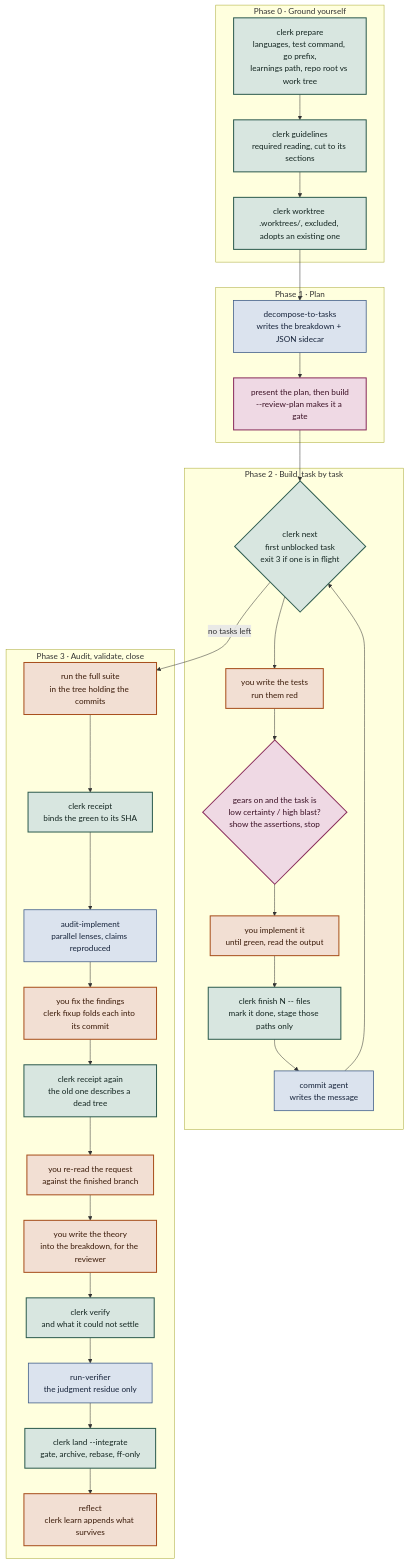
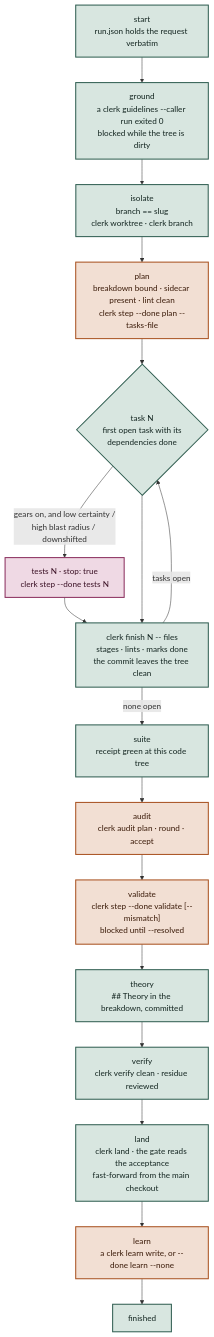
Before and after one commit to hpcsc/dotfiles: the second of 5 diagrams in link/common/dot-config/.config/ai/method/README.md, drawn with Mermaid. The commit also changed other lines of this file and 6 other files, not shown here.

````diff
--- a/link/common/dot-config/.config/ai/method/README.md
+++ b/link/common/dot-config/.config/ai/method/README.md
@@ -62,43 +117,25 @@
 ```mermaid
 flowchart TD
-  subgraph P0["Phase 0 · Ground yourself"]
-    A["clerk prepare<br/>languages, test command, go prefix,<br/>learnings path, repo root vs work tree"]
-    A --> B["clerk guidelines<br/>required reading, cut to its sections"]
-    B --> C["clerk worktree <name><br/>.worktrees/, excluded, adopts an existing one"]
-  end
-  subgraph P1["Phase 1 · Plan"]
-    C --> D["decompose-to-tasks<br/>writes the breakdown + JSON sidecar"]
-    D --> G1["present the plan, then build<br/>--review-plan makes it a gate"]
-  end
-  subgraph P2["Phase 2 · Build, task by task"]
-    G1 --> E{"clerk next<br/>first unblocked task<br/>exit 3 if one is in flight"}
-    E --> T["you write the tests<br/>run them red"]
-    T --> G2{"gears on and the task is<br/>low certainty / high blast?<br/>show the assertions, stop"}
-    G2 --> F["you implement it<br/>until green, read the output"]
-    F --> H["clerk finish N -- files<br/>mark it done, stage those paths only"]
-    H --> I["commit agent<br/>writes the message"]
-    I --> E
-  end
-  subgraph P3["Phase 3 · Audit, validate, close"]
-    E -->|"no tasks left"| J["run the full suite<br/>in the tree holding the commits"]
-    J --> K["clerk receipt<br/>binds the green to its SHA"]
-    K --> L["audit-implement<br/>parallel lenses, claims reproduced"]
-    L --> M["you fix the findings<br/>clerk fixup folds each into its commit"]
-    M --> N["clerk receipt again<br/>the old one describes a dead tree"]
-    N --> O["you re-read the request<br/>against the finished branch"]
-    O --> W["you write the theory<br/>into the breakdown, for the reviewer"]
-    W --> P["clerk verify<br/>and what it could not settle"]
-    P --> Q["run-verifier<br/>the judgment residue only"]
-    Q --> R["clerk land --integrate<br/>gate, archive, rebase, ff-only"]
-    R --> S["reflect<br/>clerk learn appends what survives"]
-  end
-  classDef clerk fill:#D8E6E0,stroke:#2F5D50,stroke-width:2px,color:#132520
-  classDef you fill:#F2DFD3,stroke:#A8501E,stroke-width:2px,color:#3A1A08
-  classDef agent fill:#DBE3EE,stroke:#3E5C88,stroke-width:1.5px,color:#16233A
+  START["start<br/>run.json holds the request verbatim"] --> GROUND
+  GROUND["ground<br/>a clerk guidelines --caller run exited 0<br/>blocked while the tree is dirty"] --> ISOLATE
+  ISOLATE["isolate<br/>branch == slug<br/>clerk worktree · clerk branch"] --> PLAN
+  PLAN["plan<br/>breakdown bound · sidecar present · lint clean<br/>clerk step --done plan --tasks-file"] --> TASK
+  TASK{"task N<br/>first open task with its<br/>dependencies done"} -->|"gears on, and low certainty /<br/>high blast radius / downshifted"| TESTS
+  TESTS["tests N · stop: true<br/>clerk step --done tests N"] --> BUILD
+  TASK --> BUILD["clerk finish N -- files<br/>stages · lints · marks done<br/>the commit leaves the tree clean"]
+  BUILD -->|"tasks open"| TASK
+  BUILD -->|"none open"| SUITE
+  SUITE["suite<br/>receipt green at this code tree"] --> AUDIT
+  AUDIT["audit<br/>clerk audit plan · round · accept"] --> VALIDATE
+  VALIDATE["validate<br/>clerk step --done validate [--mismatch]<br/>blocked until --resolved"] --> THEORY
+  THEORY["theory<br/>## Theory in the breakdown, committed"] --> VERIFY
+  VERIFY["verify<br/>clerk verify clean · residue reviewed"] --> LAND
+  LAND["land<br/>clerk land · the gate reads the acceptance<br/>fast-forward from the main checkout"] --> LEARN
+  LEARN["learn<br/>a clerk learn write, or --done learn --none"] --> FIN["finished"]
+  classDef derived fill:#D8E6E0,stroke:#2F5D50,stroke-width:2px,color:#132520
+  classDef asserted fill:#F2DFD3,stroke:#A8501E,stroke-width:2px,color:#3A1A08
   classDef gate fill:#EFD9E4,stroke:#8A2E5D,stroke-width:2px,color:#3A1024
-  class A,B,C,E,H,K,N,P,R clerk
-  class F,M,O,S,T,W you
-  class D,I,L,Q agent
-  class G1,G2 gate
-  class J you
+  class START,GROUND,ISOLATE,TASK,BUILD,SUITE,THEORY,VERIFY,LAND,FIN derived
+  class PLAN,AUDIT,VALIDATE,LEARN asserted
+  class TESTS gate
 ```
````
